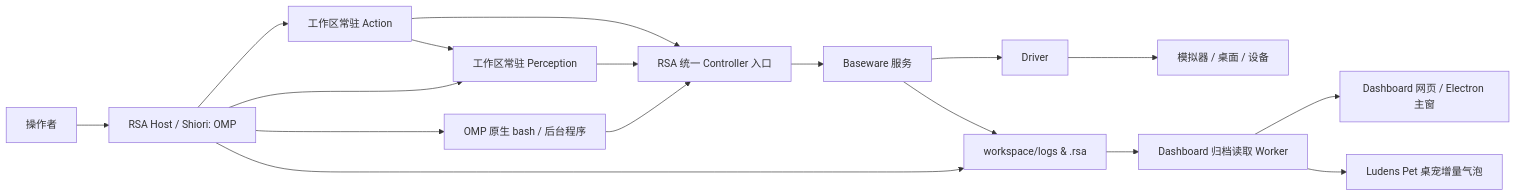
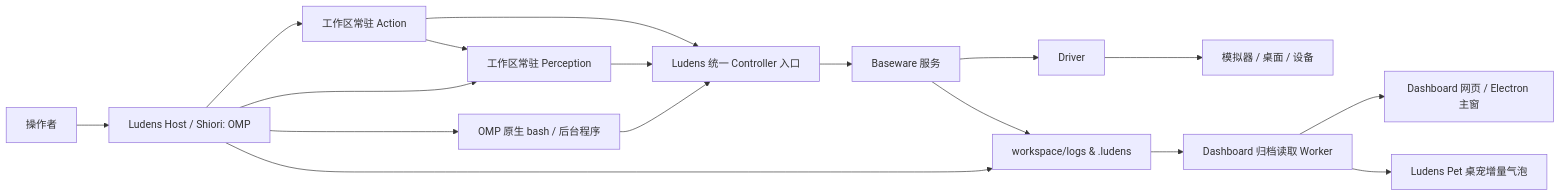
One commit to Arkevo-Lab/Ludens changed the diagram in docs/zh/reference/architecture.md. Above: the diagram before and after it, drawn with Mermaid. The commit also changed other lines of this file and 31 other files, not shown here.

````diff
--- a/docs/zh/reference/architecture.md
+++ b/docs/zh/reference/architecture.md
@@ -15,19 +15,19 @@
 ```mermaid
 flowchart LR
-    O[操作者] --> H[RSA Host / Shiori: OMP]
+    O[操作者] --> H[Ludens Host / Shiori: OMP]
     H --> P[工作区常驻 Perception]
     H --> X[工作区常驻 Action]
     H --> S[OMP 原生 bash / 后台程序]
-    S --> C[RSA 统一 Controller 入口]
+    S --> C[Ludens 统一 Controller 入口]
     P --> C
     X --> C
     X --> P
     C --> B[Baseware 服务]
     B --> D[Driver]
     D --> E[模拟器 / 桌面 / 设备]
-    H --> L[workspace/logs & .rsa]
+    H --> L[workspace/logs & .ludens]
     B --> L
     L --> R[Dashboard 归档读取 Worker]
     R --> V[Dashboard 网页 / Electron 主窗]
     R --> A[Ludens Pet 桌宠增量气泡]
 ```
````
